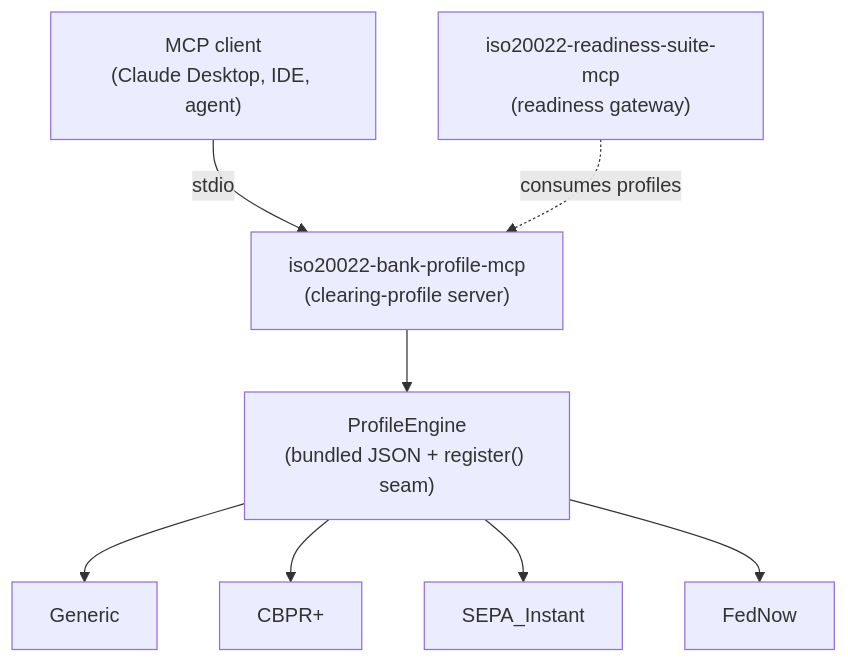
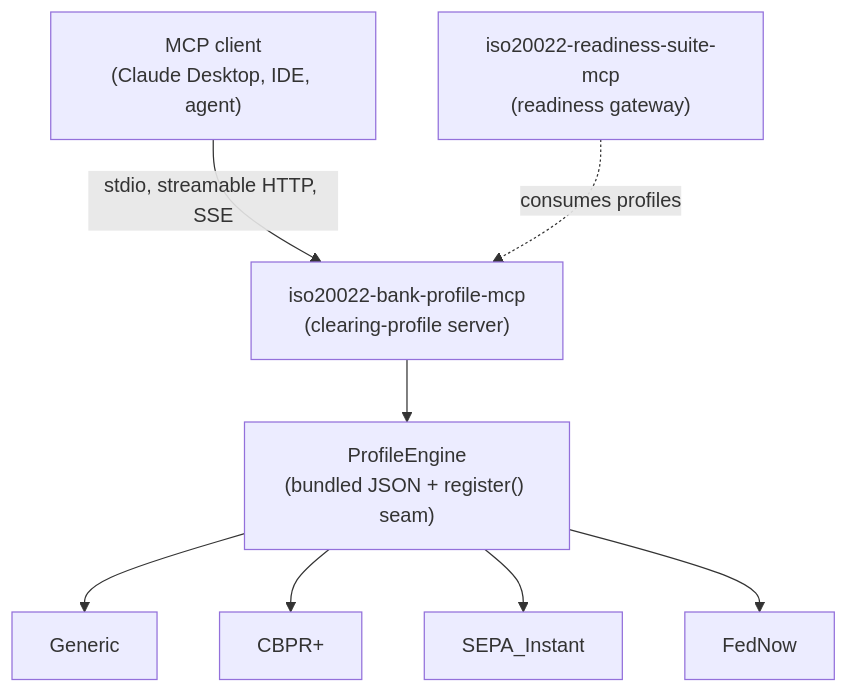
Before and after one commit to sebastienrousseau/iso20022-bank-profile-mcp: the diagram in README.md, drawn with Mermaid. The commit also changed other lines of this file and 11 other files, not shown here.

First line of the commit message:
feat(transports): serve stdio, streamable HTTP and SSE from one command line

````diff
--- a/README.md
+++ b/README.md
@@ -73,10 +75,10 @@
 ```mermaid
 flowchart TD
-    A["MCP client<br/>(Claude Desktop, IDE, agent)"] -->|stdio| B["iso20022-bank-profile-mcp<br/>(clearing-profile server)"]
+    A["MCP client<br/>(Claude Desktop, IDE, agent)"] -->|stdio, streamable HTTP, SSE| B["iso20022-bank-profile-mcp<br/>(clearing-profile server)"]
     B --> C["ProfileEngine<br/>(bundled JSON + register() seam)"]
     C --> D["Generic"]
     C --> E["CBPR+"]
     C --> F["SEPA_Instant"]
     C --> G["FedNow"]
     H["iso20022-readiness-suite-mcp<br/>(readiness gateway)"] -.consumes profiles.-> B
 ```
````
